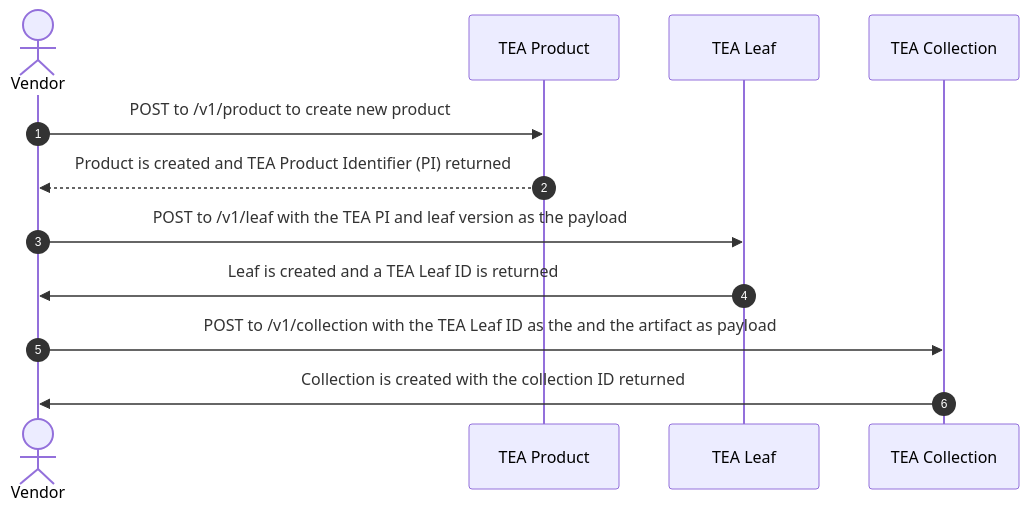
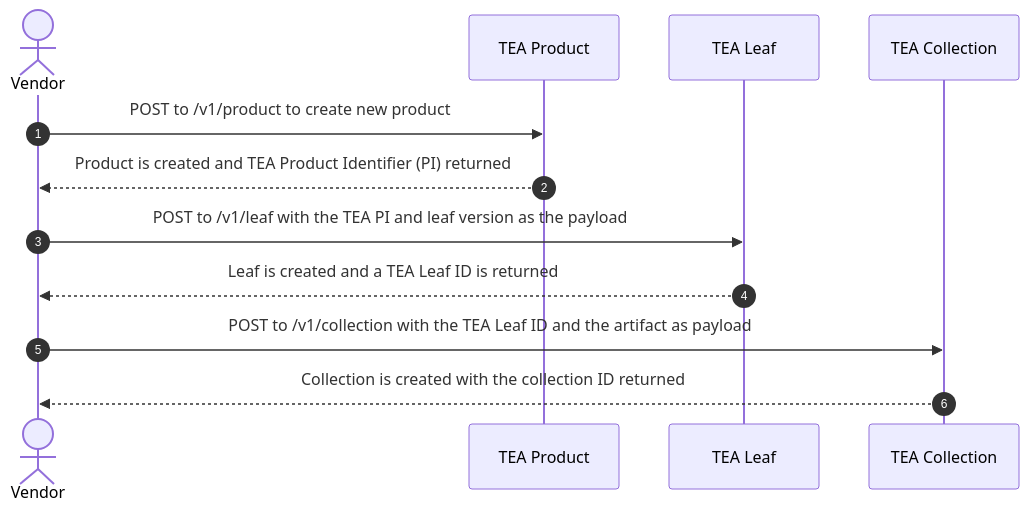
Before and after one commit to vpetersson/transparency-exchange-api: the first of 4 diagrams in api-flow/publisher.md, drawn with Mermaid. The commit also changed other lines of this file and 2 other files, not shown here.

Commit message:
Updates diagrams. Alignment with API specs and adds example

````diff
--- a/api-flow/publisher.md
+++ b/api-flow/publisher.md
@@ -5,17 +5,17 @@
 ```mermaid
 sequenceDiagram
     autonumber
     actor Vendor
     participant tea_product as TEA Product
     participant tea_leaf as TEA Leaf
     participant tea_collection as TEA Collection
 
     Vendor ->> tea_product: POST to /v1/product to create new product
     tea_product -->> Vendor: Product is created and TEA Product Identifier (PI) returned
 
     Vendor ->> tea_leaf: POST to /v1/leaf with the TEA PI and leaf version as the payload
-    tea_leaf ->> Vendor: Leaf is created and a TEA Leaf ID is returned
+    tea_leaf -->> Vendor: Leaf is created and a TEA Leaf ID is returned
 
-    Vendor ->> tea_collection: POST to /v1/collection with the TEA Leaf ID as the and the artifact as payload
-    tea_collection ->> Vendor: Collection is created with the collection ID returned
+    Vendor ->> tea_collection: POST to /v1/collection with the TEA Leaf ID and the artifact as payload
+    tea_collection -->> Vendor: Collection is created with the collection ID returned
 ```
````
